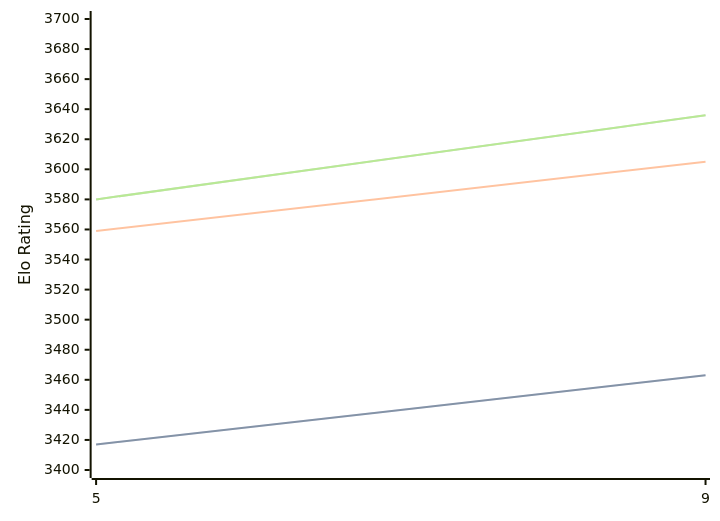
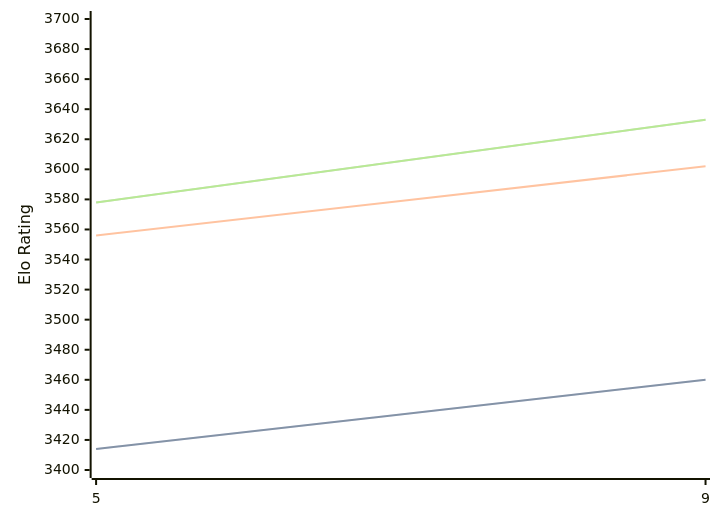
Before and after one commit to computer-chess-index/cci: the diagram in engines/Crystal.md, drawn with Mermaid. The commit also changed other lines of this file, not shown here.

Commit message:
Update CCI Ratings (ELO VLTC) - 2026-03-10

````diff
--- a/engines/Crystal.md
+++ b/engines/Crystal.md
@@ -58,11 +58,11 @@
 ```mermaid
 %%{init: {"theme":"base","themeVariables":{"seriesColors:['#a3a3a3','#222221','#faa371']}}}%%
 xychart-beta
   x-axis ["5", "9"]
   y-axis "Elo Rating" 3400 --> 3700
-  line "STC (8.0+0.08s)" [3417, 3463]
-  line "STC (8.0+0.08s)" [3417, 3463]
-  line "LTC (60.0+0.60s)" [3559, 3605]
-  line "VLTC (2m24s+1.12s)" [3580, 3636]
-  line "VLTC (2m24s+1.12s)" [3580, 3636]
+  line "STC (8.0+0.08s)" [3414, 3460]
+  line "STC (8.0+0.08s)" [3414, 3460]
+  line "LTC (60.0+0.60s)" [3556, 3602]
+  line "VLTC (2m24s+1.12s)" [3578, 3633]
+  line "VLTC (2m24s+1.12s)" [3578, 3633]
 ```
````
